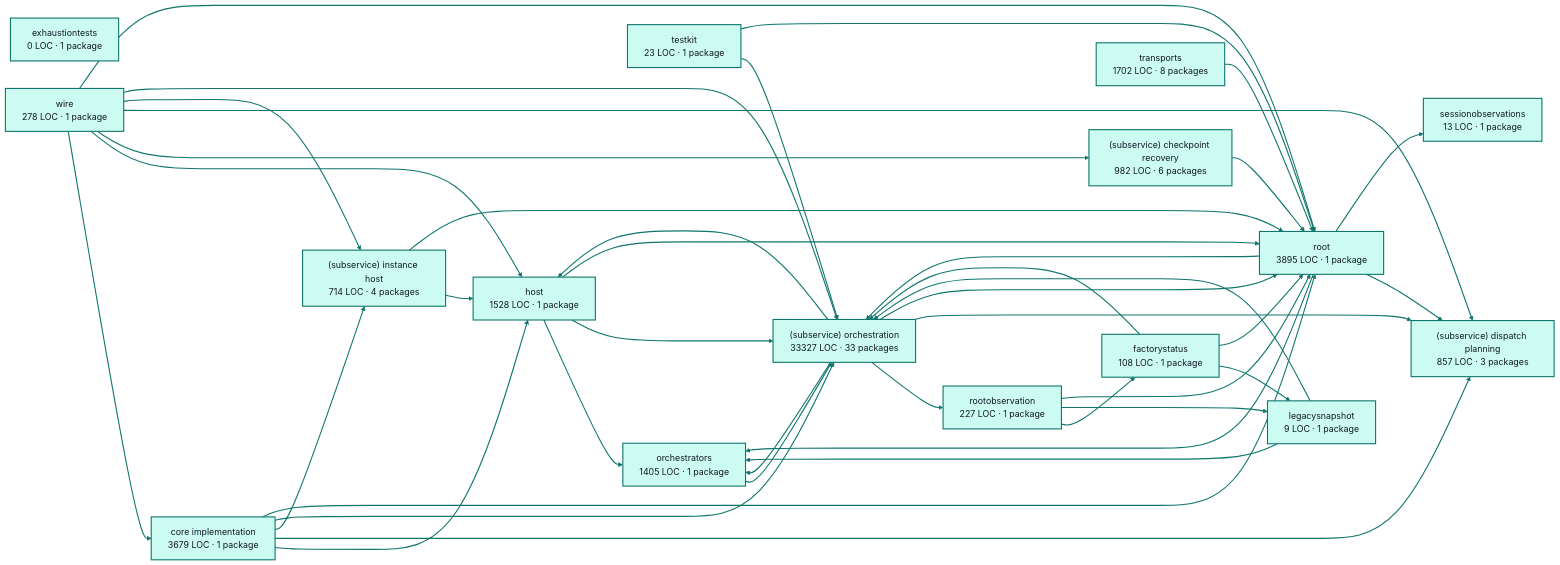
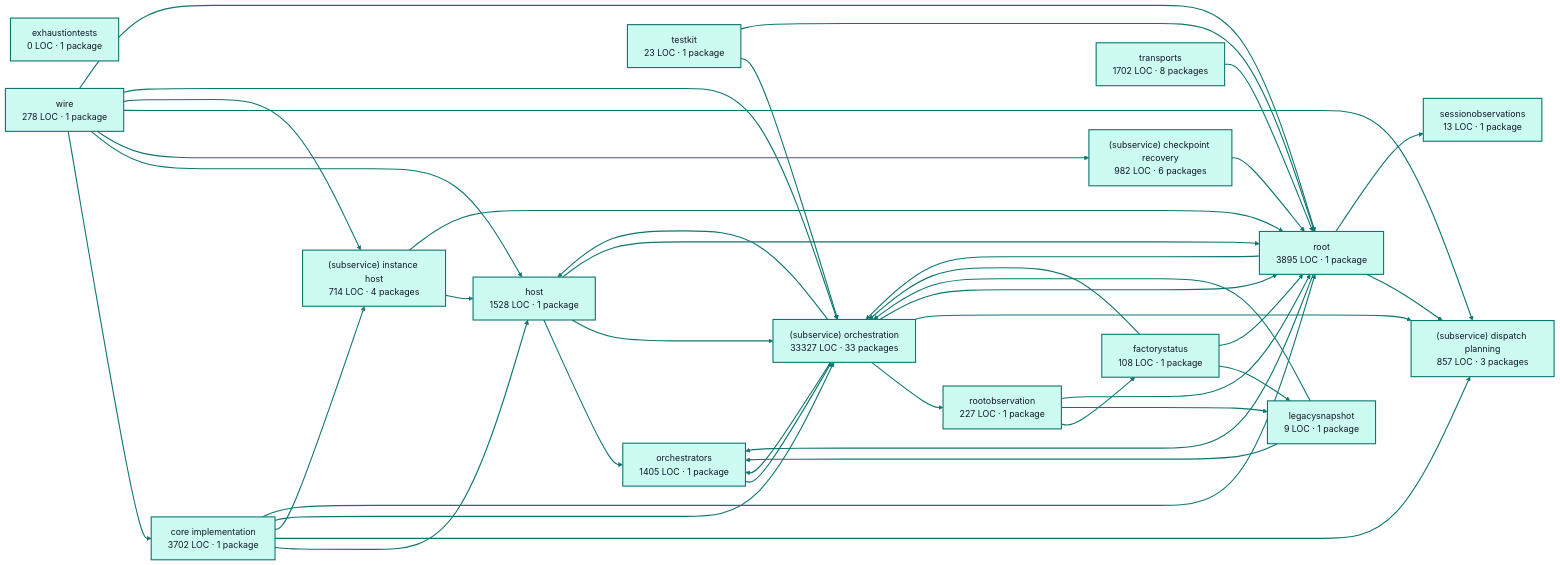
The diagram in docs/architecture/visualizations/services/factory_runtime.md (portpowered/you-agent-factory), drawn with Mermaid before and after one commit. The commit also changed other lines of this file and 20 other files, not shown here.

Commit message:
docs: refresh backend architecture visualizations

````diff
--- a/docs/architecture/visualizations/services/factory_runtime.md
+++ b/docs/architecture/visualizations/services/factory_runtime.md
@@ -11,75 +11,75 @@
 ```mermaid
 flowchart LR
-  p0["core implementation<br/>3679 LOC · 1 package"]
+  p0["core implementation<br/>3702 LOC · 1 package"]
   p1["exhaustiontests<br/>0 LOC · 1 package"]
   p2["factorystatus<br/>108 LOC · 1 package"]
   p3["host<br/>1528 LOC · 1 package"]
   p4["legacysnapshot<br/>9 LOC · 1 package"]
   p5["orchestrators<br/>1405 LOC · 1 package"]
   p6["rootobservation<br/>227 LOC · 1 package"]
   p7["(subservice) checkpoint recovery<br/>982 LOC · 6 packages"]
   p8["(subservice) dispatch planning<br/>857 LOC · 3 packages"]
   p9["(subservice) instance host<br/>714 LOC · 4 packages"]
   p10["(subservice) orchestration<br/>33327 LOC · 33 packages"]
   p11["sessionobservations<br/>13 LOC · 1 package"]
   p12["testkit<br/>23 LOC · 1 package"]
   p13["root<br/>3895 LOC · 1 package"]
   p14["transports<br/>1702 LOC · 8 packages"]
   p15["wire<br/>278 LOC · 1 package"]
   p0 --> p3
   p0 --> p8
   p0 --> p9
   p0 --> p10
   p0 --> p13
   p2 --> p4
   p2 --> p10
   p2 --> p13
   p3 --> p5
   p3 --> p10
   p3 --> p13
   p4 --> p5
   p4 --> p10
   p5 --> p10
   p6 --> p2
   p6 --> p4
   p6 --> p13
   p7 --> p13
   p9 --> p3
   p9 --> p13
   p10 --> p3
   p10 --> p5
   p10 --> p6
   p10 --> p8
   p10 --> p13
   p12 --> p10
   p12 --> p13
   p13 --> p5
   p13 --> p8
   p13 --> p10
   p13 --> p11
   p14 --> p13
   p15 --> p0
   p15 --> p3
   p15 --> p7
   p15 --> p8
   p15 --> p9
   p15 --> p10
   p15 --> p13
   style p0 fill:#ccfbf1,stroke:#0f766e,stroke-width:2px,color:#111827
   style p1 fill:#ccfbf1,stroke:#0f766e,stroke-width:2px,color:#111827
   style p2 fill:#ccfbf1,stroke:#0f766e,stroke-width:2px,color:#111827
   style p3 fill:#ccfbf1,stroke:#0f766e,stroke-width:2px,color:#111827
   style p4 fill:#ccfbf1,stroke:#0f766e,stroke-width:2px,color:#111827
   style p5 fill:#ccfbf1,stroke:#0f766e,stroke-width:2px,color:#111827
   style p6 fill:#ccfbf1,stroke:#0f766e,stroke-width:2px,color:#111827
   style p7 fill:#ccfbf1,stroke:#0f766e,stroke-width:2px,color:#111827
   style p8 fill:#ccfbf1,stroke:#0f766e,stroke-width:2px,color:#111827
   style p9 fill:#ccfbf1,stroke:#0f766e,stroke-width:2px,color:#111827
   style p10 fill:#ccfbf1,stroke:#0f766e,stroke-width:2px,color:#111827
   style p11 fill:#ccfbf1,stroke:#0f766e,stroke-width:2px,color:#111827
   style p12 fill:#ccfbf1,stroke:#0f766e,stroke-width:2px,color:#111827
   style p13 fill:#ccfbf1,stroke:#0f766e,stroke-width:2px,color:#111827
   style p14 fill:#ccfbf1,stroke:#0f766e,stroke-width:2px,color:#111827
   style p15 fill:#ccfbf1,stroke:#0f766e,stroke-width:2px,color:#111827
   linkStyle default stroke:#0f766e,stroke-width:2px
 ```
````
